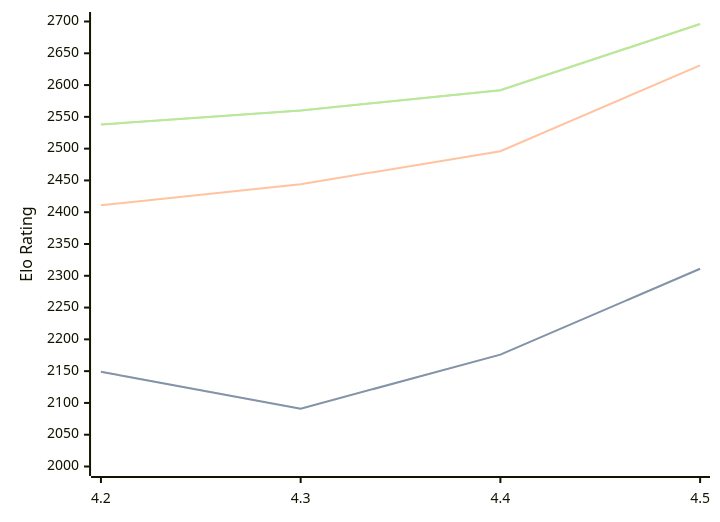
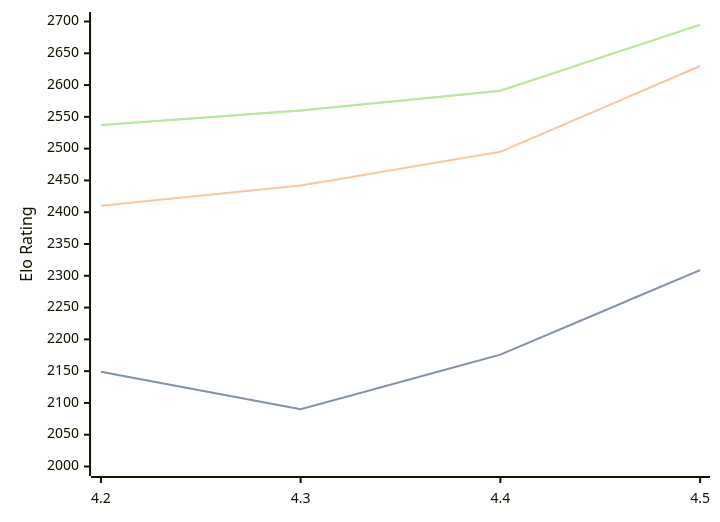
Before and after one commit to computer-chess-index/cci: the diagram in engines/Eubos.md, drawn with Mermaid. The commit also changed other lines of this file, not shown here.

Commit message:
Update CCI Ratings (ELO VLTC) - 2026-08-11

````diff
--- a/engines/Eubos.md
+++ b/engines/Eubos.md
@@ -34,11 +34,11 @@
 ```mermaid
 %%{init: {"theme":"base","themeVariables":{"seriesColors:['#a3a3a3','#222221','#faa371']}}}%%
 xychart-beta
   x-axis ["4.2", "4.3", "4.4", "4.5"]
   y-axis "Elo Rating" 2000 --> 2700
-  line "STC (8.0+0.08s)" [2149, 2091, 2176, 2311]
-  line "STC (8.0+0.08s)" [2149, 2091, 2176, 2311]
-  line "LTC (60.0+0.60s)" [2411, 2444, 2496, 2631]
-  line "VLTC (2m24s+1.12s)" [2538, 2560, 2592, 2696]
-  line "VLTC (2m24s+1.12s)" [2538, 2560, 2592, 2696]
+  line "STC (8.0+0.08s)" [2149, 2090, 2176, 2309]
+  line "STC (8.0+0.08s)" [2149, 2090, 2176, 2309]
+  line "LTC (60.0+0.60s)" [2410, 2442, 2495, 2630]
+  line "VLTC (2m24s+1.12s)" [2537, 2560, 2591, 2695]
+  line "VLTC (2m24s+1.12s)" [2537, 2560, 2591, 2695]
 ```
````
